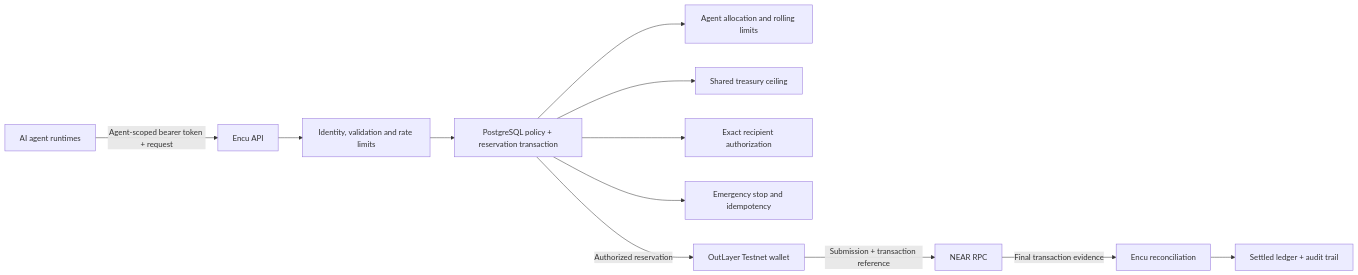
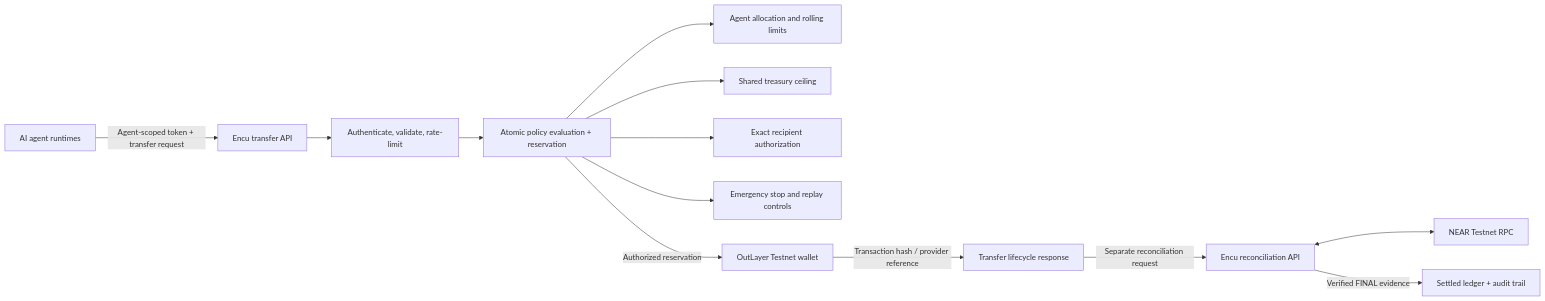
One commit to BigWave45/Encu changed the diagram in README.md. Above: the diagram before and after it, drawn with Mermaid. The commit also changed other lines of this file, not shown here.

````diff
--- a/README.md
+++ b/README.md
@@ -21,14 +21,15 @@
 ```mermaid
 flowchart LR
-    A["AI agent runtimes"] -->|"Agent-scoped bearer token + request"| B["Encu API"]
-    B --> C["Identity, validation and rate limits"]
-    C --> D["PostgreSQL policy + reservation transaction"]
+    A["AI agent runtimes"] -->|"Agent-scoped token + transfer request"| B["Encu transfer API"]
+    B --> C["Authenticate, validate, rate-limit"]
+    C --> D["Atomic policy evaluation + reservation"]
     D --> E["Agent allocation and rolling limits"]
     D --> F["Shared treasury ceiling"]
     D --> G["Exact recipient authorization"]
-    D --> H["Emergency stop and idempotency"]
+    D --> H["Emergency stop and replay controls"]
     D -->|"Authorized reservation"| I["OutLayer Testnet wallet"]
-    I -->|"Submission + transaction reference"| J["NEAR RPC"]
-    J -->|"Final transaction evidence"| K["Encu reconciliation"]
-    K --> L["Settled ledger + audit trail"]
+    I -->|"Transaction hash / provider reference"| J["Transfer lifecycle response"]
+    J -->|"Separate reconciliation request"| K["Encu reconciliation API"]
+    K <--> L["NEAR Testnet RPC"]
+    K -->|"Verified FINAL evidence"| M["Settled ledger + audit trail"]
 ```
````
